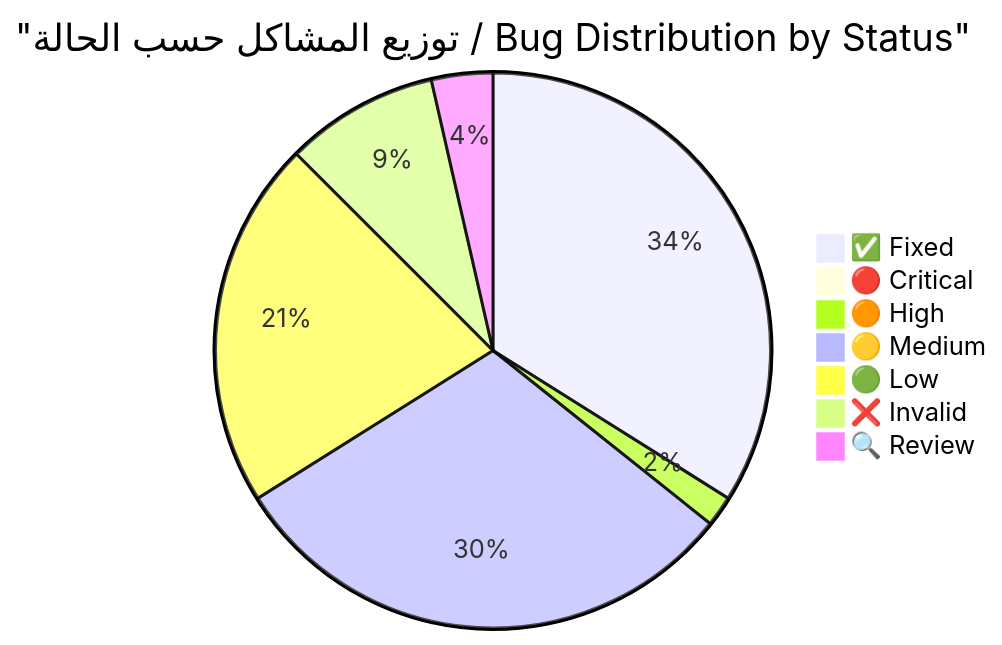
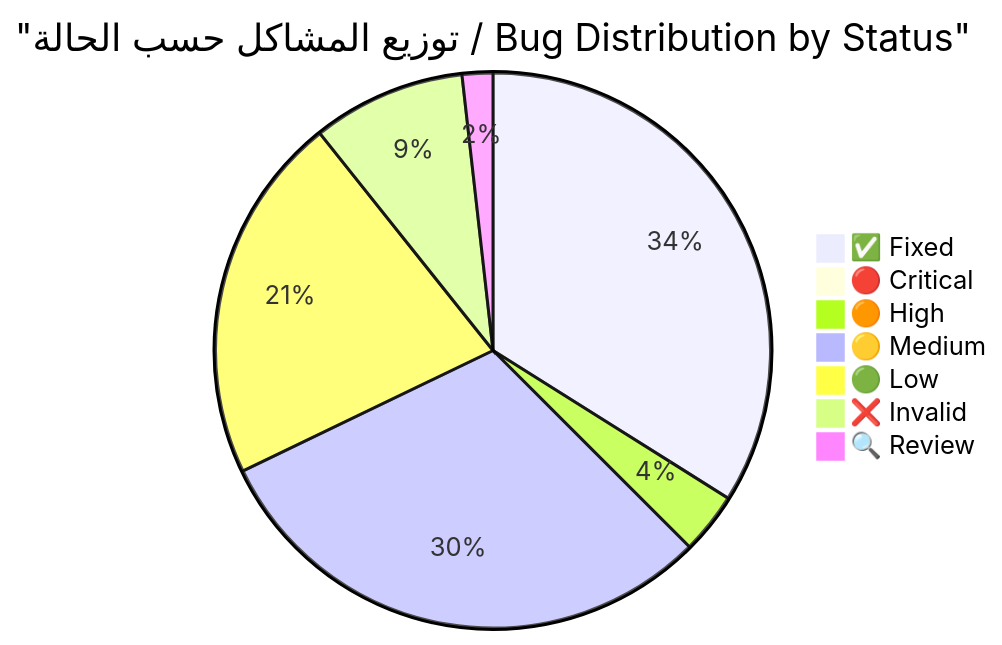
One commit to olevar2/Auj6 changed the first of 6 diagrams in docs/reports/COMPLETE_BUG_VERIFICATION_REPORT_NEW.md. Above: the diagram before and after it, drawn with Mermaid. The commit also changed other lines of this file and 18 other files, not shown here.

````diff
--- a/docs/reports/COMPLETE_BUG_VERIFICATION_REPORT_NEW.md
+++ b/docs/reports/COMPLETE_BUG_VERIFICATION_REPORT_NEW.md
@@ -16,10 +16,10 @@
 ```mermaid
 pie title "توزيع المشاكل حسب الحالة / Bug Distribution by Status"
     "✅ Fixed" : 19
     "🔴 Critical" : 0
-    "🟠 High" : 1
+    "🟠 High" : 2
     "🟡 Medium" : 17
     "🟢 Low" : 12
     "❌ Invalid" : 5
-    "🔍 Review" : 2
+    "🔍 Review" : 1
 ```
````
